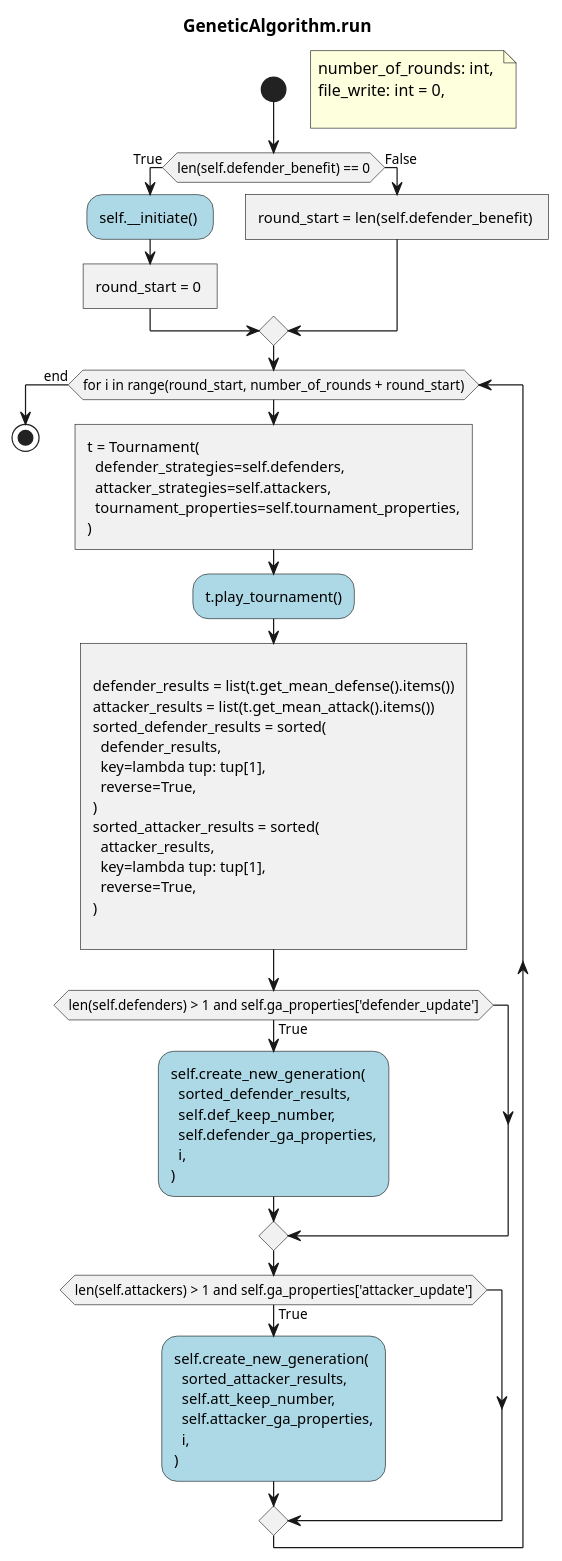
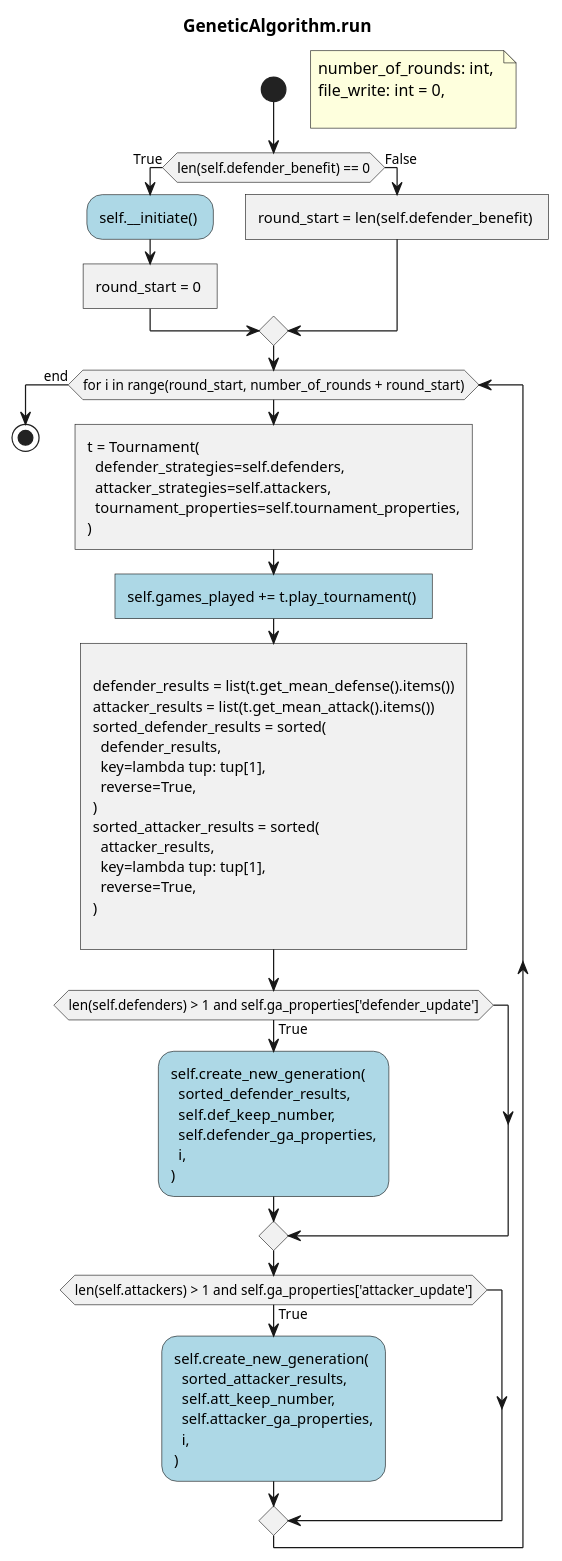
One commit to ruipimentel/FlipThem-Simulation changed the fifth of 7 diagrams in DOCS/activity-diagram_genetic-algorithm.puml. Above: the diagram before and after it, drawn with PlantUML. The commit also changed 1 other file, not shown here.

```diff
--- a/DOCS/activity-diagram_genetic-algorithm.puml
+++ b/DOCS/activity-diagram_genetic-algorithm.puml
@@ -149,65 +149,65 @@
 @startuml "run"
 !pragma useVerticalIf on
 
 title GeneticAlgorithm.run
 
 start
 floating note right: \
 number_of_rounds: int, \n\
 file_write: int = 0, \n\
 
 if (len(self.defender_benefit) == 0) then (True)
   #lightblue:self.__initiate() ;
   :round_start = 0 ]
 else (False)
   :round_start = len(self.defender_benefit) ]
 endif
 
 while (for i in range(round_start, number_of_rounds + round_start))
 
   :t = Tournament(
     defender_strategies=self.defenders,
     attacker_strategies=self.attackers,
     tournament_properties=self.tournament_properties,
   ) ]
 
-  #lightblue:t.play_tournament();
+  #lightblue:self.games_played += t.play_tournament() ]
 
   :
   defender_results = list(t.get_mean_defense().items())
   attacker_results = list(t.get_mean_attack().items())
   sorted_defender_results = sorted(
     defender_results,
     key=lambda tup: tup[1],
     reverse=True,
   )
   sorted_attacker_results = sorted(
     attacker_results,
     key=lambda tup: tup[1],
     reverse=True,
   )
   ]
 
   if (len(self.defenders) > 1 and self.ga_properties['defender_update']) then (True)
     #lightblue:self.create_new_generation(
       sorted_defender_results,
       self.def_keep_number,
       self.defender_ga_properties,
       i,
     );
   endif
 
   if (len(self.attackers) > 1 and self.ga_properties['attacker_update']) then (True)
     #lightblue:self.create_new_generation(
       sorted_attacker_results,
       self.att_keep_number,
       self.attacker_ga_properties,
       i,
     );
   endif
 
 endwhile (end)
 
 stop
 
 @enduml
```
